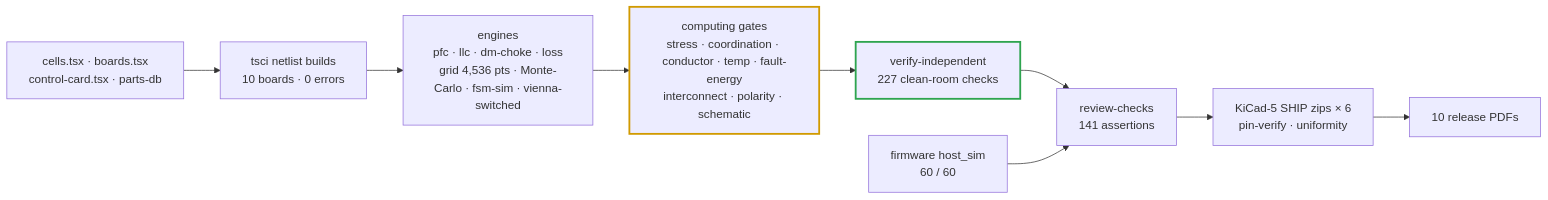
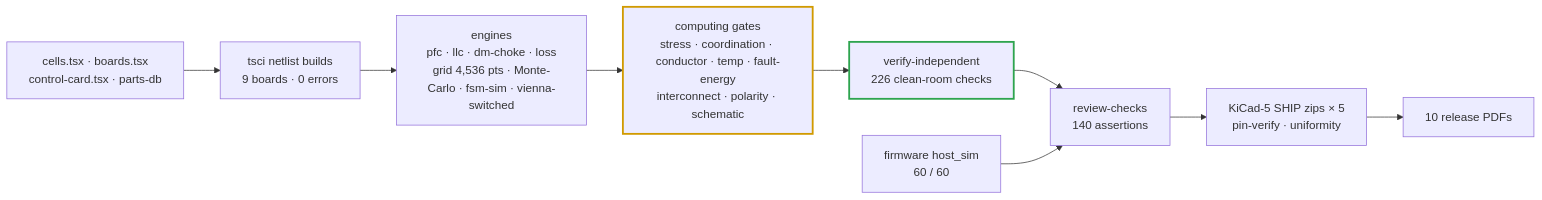
The diagram in docs/verification-matrix.md (vectivolt/DC-Modules), drawn with Mermaid before and after one commit. The commit also changed other lines of this file and 77 other files, not shown here.

````diff
--- a/docs/verification-matrix.md
+++ b/docs/verification-matrix.md
@@ -43,13 +43,13 @@
 ```mermaid
 flowchart LR
-  SRC["cells.tsx · boards.tsx<br/>control-card.tsx · parts-db"] --> BUILD["tsci netlist builds<br/>10 boards · 0 errors"]
+  SRC["cells.tsx · boards.tsx<br/>control-card.tsx · parts-db"] --> BUILD["tsci netlist builds<br/>9 boards · 0 errors"]
   BUILD --> ENG["engines<br/>pfc · llc · dm-choke · loss<br/>grid 4,536 pts · Monte-Carlo · fsm-sim · vienna-switched"]
   ENG --> GATES["computing gates<br/>stress · coordination · conductor · temp · fault-energy<br/>interconnect · polarity · schematic"]
-  GATES --> IND["verify-independent<br/>227 clean-room checks"]
-  IND --> REV["review-checks<br/>141 assertions"]
-  REV --> SHIP["KiCad-5 SHIP zips × 6<br/>pin-verify · uniformity"]
+  GATES --> IND["verify-independent<br/>226 clean-room checks"]
+  IND --> REV["review-checks<br/>140 assertions"]
+  REV --> SHIP["KiCad-5 SHIP zips × 5<br/>pin-verify · uniformity"]
   SHIP --> PDF["10 release PDFs"]
   FW["firmware host_sim<br/>60 / 60"] --> REV
   style GATES stroke:#d19a00,stroke-width:2.5px
   style IND stroke:#2ea44f,stroke-width:2.5px
 ```
````
